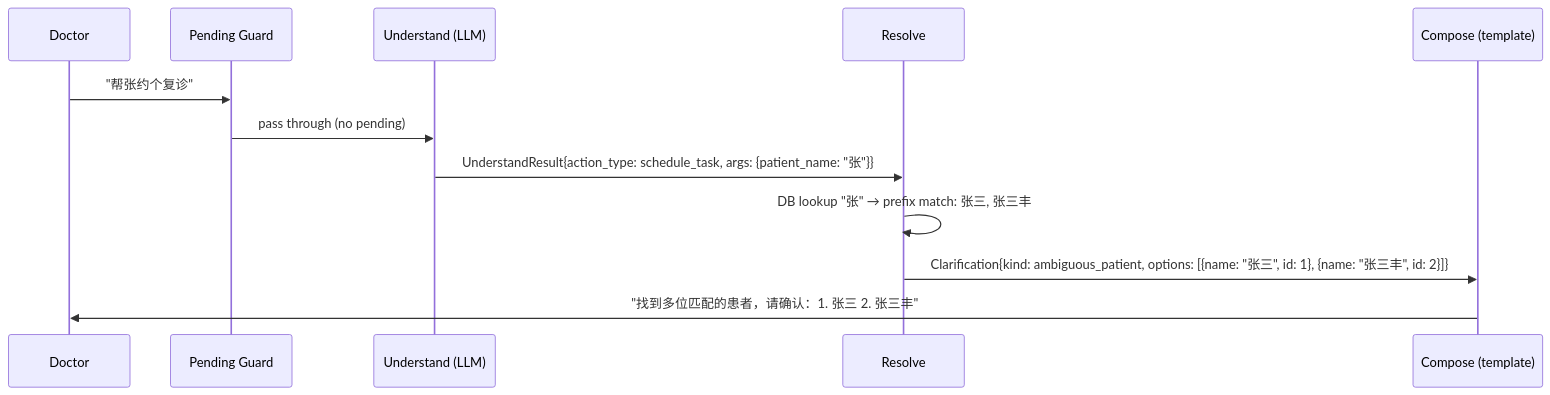
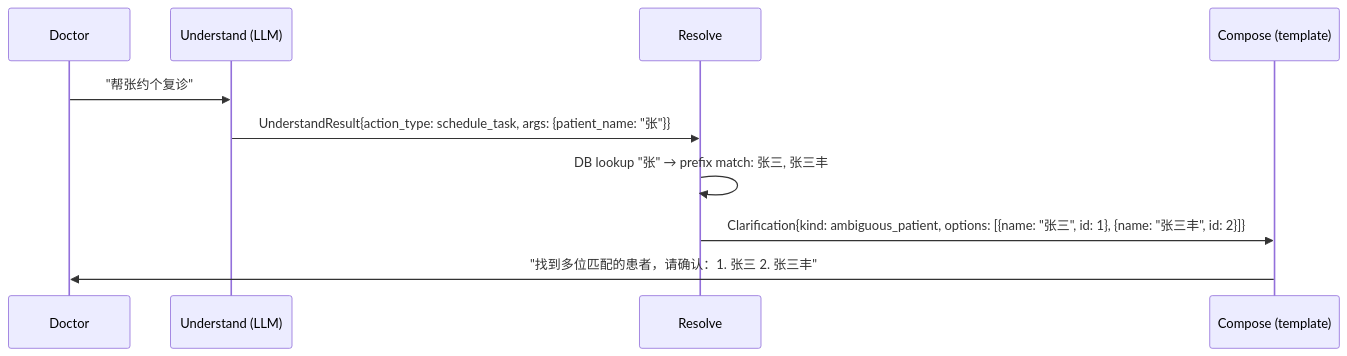
One commit to moments8890/doctor-ai-agent changed the fourth of 7 diagrams in docs/adr/0012-architecture-diagram.md. Above: the diagram before and after it, drawn with Mermaid. The commit also changed other lines of this file and 2 other files, not shown here.

First line of the commit message:
docs: drop draft guard as architectural layer, fold into deterministic handler

````diff
--- a/docs/adr/0012-architecture-diagram.md
+++ b/docs/adr/0012-architecture-diagram.md
@@ -116,15 +105,13 @@
 ```mermaid
 sequenceDiagram
     participant D as Doctor
-    participant PG as Pending Guard
     participant U as Understand (LLM)
     participant R as Resolve
     participant Co as Compose (template)
 
-    D->>PG: "帮张约个复诊"
-    PG->>U: pass through (no pending)
+    D->>U: "帮张约个复诊"
     U->>R: UnderstandResult{action_type: schedule_task, args: {patient_name: "张"}}
     R->>R: DB lookup "张" → prefix match: 张三, 张三丰
     R->>Co: Clarification{kind: ambiguous_patient, options: [{name: "张三", id: 1}, {name: "张三丰", id: 2}]}
     Co->>D: "找到多位匹配的患者，请确认：1. 张三  2. 张三丰"
 ```
````
